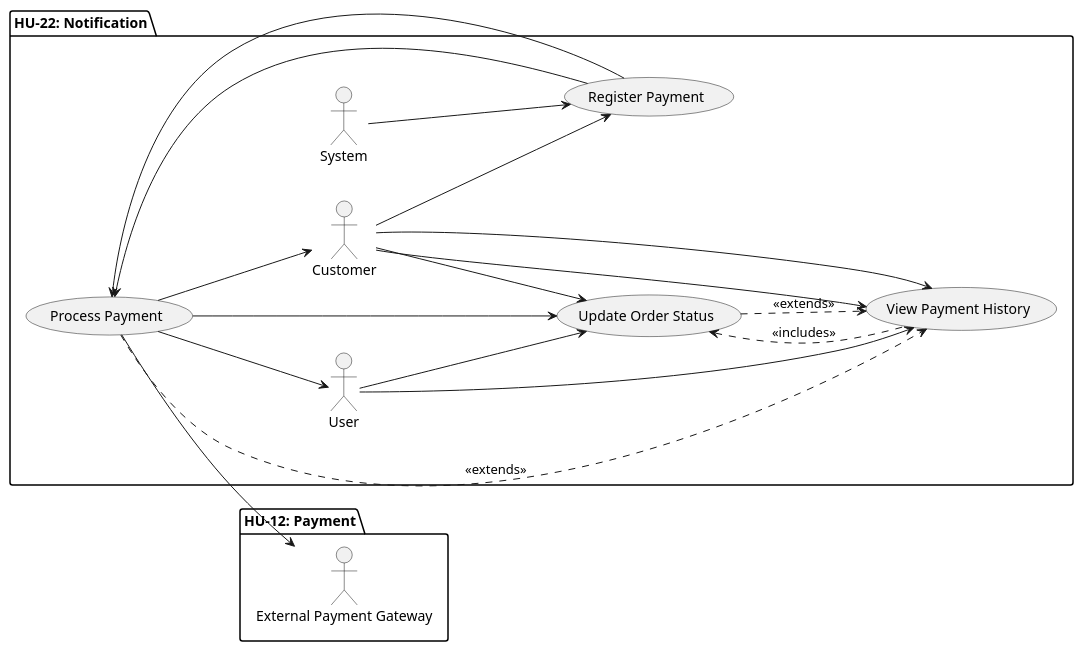
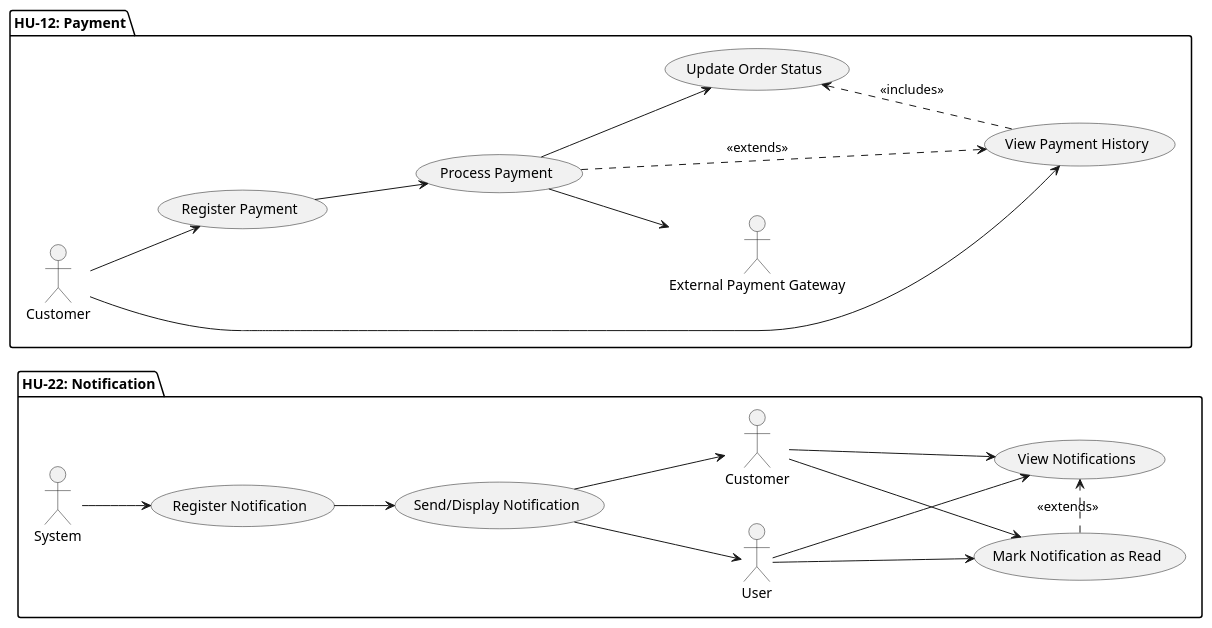
Before and after one commit to code-sena/laboratory-2899747: the diagram in document/architecture/usecase.wsd, drawn with PlantUML.

Commit message:
docs: update use case diagrams for HU-12 and HU-22
- Refactor notification system structure (HU-22) & payment system diagram (HU-12)

```diff
--- a/document/architecture/usecase.wsd
+++ b/document/architecture/usecase.wsd
@@ -1,55 +1,55 @@
 @startuml
   left to right direction
 
   package "HU-22: Notification" {
 
     'Actors'
-    actor "System" as System
-    actor "User" as User
-    actor "Customer" as Customer
+    actor "System" as SystemN
+    actor "User" as UserN
+    actor "Customer" as CustomerN
 
     'Use Cases'
-    usecase "Register Notification" as UC1
-    usecase "Send/Display Notification" as UC2
-    usecase "Mark Notification as Read" as UC3
-    usecase "View Notifications" as UC4
+    usecase "Register Notification" as UCN1
+    usecase "Send/Display Notification" as UCN2
+    usecase "Mark Notification as Read" as UCN3
+    usecase "View Notifications" as UCN4
 
     'Relationships'
-    System --> UC1
-    UC1 --> UC2
-    UC2 --> User
-    UC2 --> Customer
+    SystemN --> UCN1
+    UCN1 --> UCN2
+    UCN2 --> UserN
+    UCN2 --> CustomerN
 
-    User --> UC3
-    Customer --> UC3
+    UserN --> UCN3
+    CustomerN --> UCN3
 
-    User --> UC4
-    Customer --> UC4
+    UserN --> UCN4
+    CustomerN --> UCN4
 
-    UC3 .> UC4 : <<extends>>
+    UCN3 .> UCN4 : <<extends>>
   }
 
   package "HU-12: Payment" {
 
     'Actors'
-    actor "Customer" as Customer
-    actor "External Payment Gateway" as PaymentGateway
+    actor "Customer" as CustomerP
+    actor "External Payment Gateway" as PaymentGatewayP
 
     'Use Cases'
-    usecase "Register Payment" as UC1
-    usecase "Process Payment" as UC2
-    usecase "Update Order Status" as UC3
-    usecase "View Payment History" as UC4
+    usecase "Register Payment" as UCP1
+    usecase "Process Payment" as UCP2
+    usecase "Update Order Status" as UCP3
+    usecase "View Payment History" as UCP4
 
     'Relationships'
-    Customer --> UC1
-    Customer --> UC4
+    CustomerP --> UCP1
+    CustomerP --> UCP4
 
-    UC1 --> UC2
-    UC2 --> PaymentGateway
-    UC2 .> UC4 : <<extends>>
-    UC3 <.. UC4 : <<includes>>
+    UCP1 --> UCP2
+    UCP2 --> PaymentGatewayP
+    UCP2 .> UCP4 : <<extends>>
+    UCP3 <.. UCP4 : <<includes>>
 
-    UC2 --> UC3
+    UCP2 --> UCP3
   }
 @enduml
```
